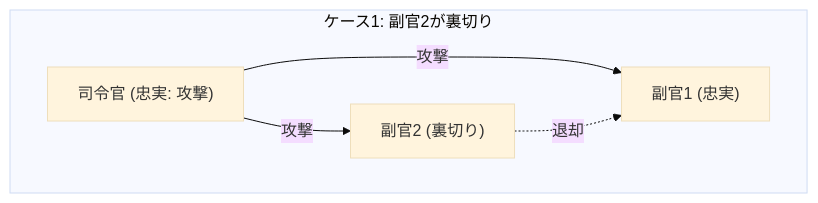
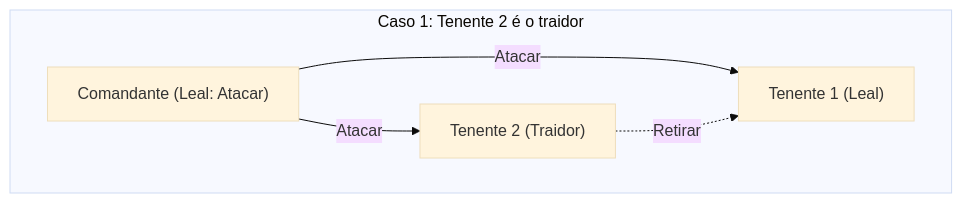
One commit to kenjinote/blog changed the second of 4 diagrams in content/post/byzantine-generals-problem/index.pt.md. Above: the diagram before and after it, drawn with Mermaid (base theme). The commit also changed other lines of this file and 28 other files, not shown here.

Commit message:
Translate Japanese text inside Mermaid diagrams to respective languages

````diff
--- a/content/post/byzantine-generals-problem/index.pt.md
+++ b/content/post/byzantine-generals-problem/index.pt.md
@@ -73,8 +73,8 @@
 ```mermaid
 graph TD
-subgraph "ケース1: 副官2が裏切り"
-    C["司令官 (忠実: 攻撃)"] -->|"攻撃"| L1["副官1 (忠実)"]
-    C -->|"攻撃"| L2["副官2 (裏切り)"]
-    L2 -.->|"退却"| L1
+subgraph "Caso 1: Tenente 2 é o traidor"
+    C["Comandante (Leal: Atacar)"] -->|"Atacar"| L1["Tenente 1 (Leal)"]
+    C -->|"Atacar"| L2["Tenente 2 (Traidor)"]
+    L2 -.->|"Retirar"| L1
 end
 ```
````
